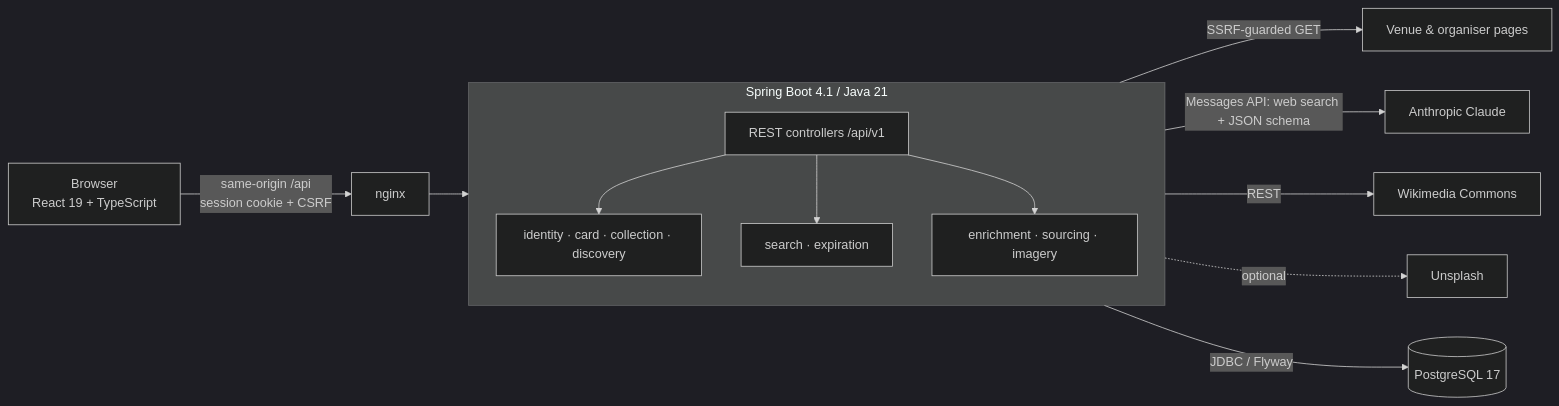
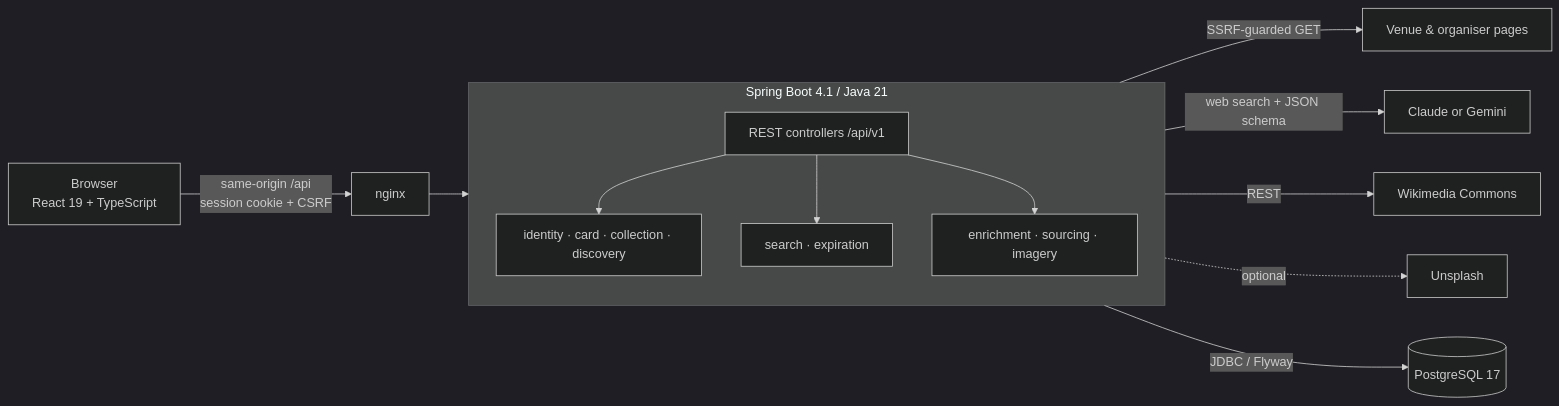
The first of 3 diagrams in README.md (anniigr/almanook), drawn with Mermaid (dark theme) before and after one commit. The commit also changed other lines of this file and 21 other files, not shown here.

````diff
--- a/README.md
+++ b/README.md
@@ -99,16 +99,16 @@
 ```mermaid
 flowchart LR
     B[Browser<br/>React 19 + TypeScript] -- "same-origin /api<br/>session cookie + CSRF" --> N[nginx]
     N --> A
     subgraph A[Spring Boot 4.1 / Java 21]
       direction TB
       W[REST controllers /api/v1] --> M1[identity · card · collection · discovery]
       W --> M2[search · expiration]
       W --> M3[enrichment · sourcing · imagery]
     end
     A -- JDBC / Flyway --> P[(PostgreSQL 17)]
     M3 -- "SSRF-guarded GET" --> Web[Venue & organiser pages]
-    M3 -- "Messages API: web search + JSON schema" --> C[Anthropic Claude]
+    M3 -- "web search + JSON schema" --> C[Claude or Gemini]
     M3 -- REST --> WC[Wikimedia Commons]
     M3 -. optional .-> U[Unsplash]
 ```
````
